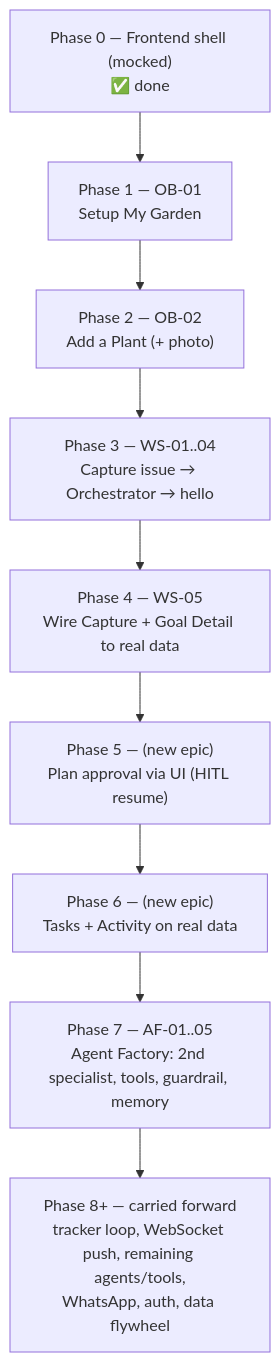
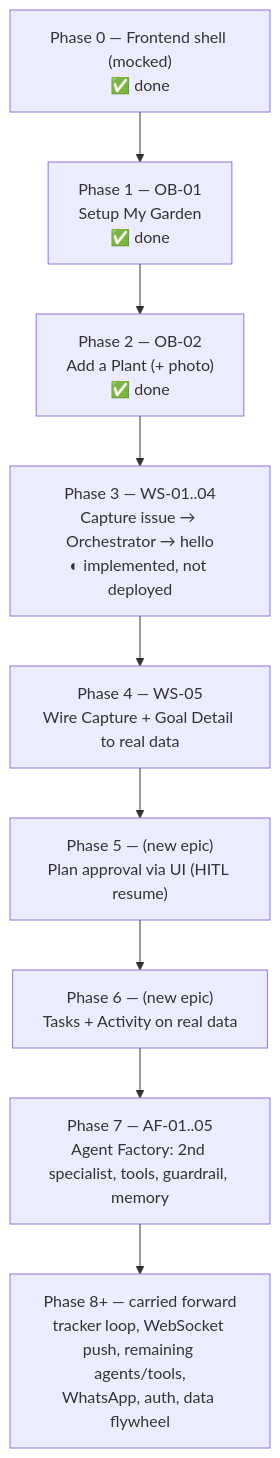
The diagram in docs/roadmap.md (prashant-baj/tendril), drawn with Mermaid before and after one commit. The commit also changed other lines of this file and 19 other files, not shown here.

Commit message:
WS-01 through WS-04 (the orchestrator epic) implemented

````diff
--- a/docs/roadmap.md
+++ b/docs/roadmap.md
@@ -31,12 +31,12 @@
 ```mermaid
 flowchart TD
   P0["Phase 0 — Frontend shell (mocked)<br/>✅ done"] --> P1
-  P1["Phase 1 — OB-01<br/>Setup My Garden"] --> P2
-  P2["Phase 2 — OB-02<br/>Add a Plant (+ photo)"] --> P3
-  P3["Phase 3 — WS-01..04<br/>Capture issue → Orchestrator → hello"] --> P4
+  P1["Phase 1 — OB-01<br/>Setup My Garden<br/>✅ done"] --> P2
+  P2["Phase 2 — OB-02<br/>Add a Plant (+ photo)<br/>✅ done"] --> P3
+  P3["Phase 3 — WS-01..04<br/>Capture issue → Orchestrator → hello<br/>◐ implemented, not deployed"] --> P4
   P4["Phase 4 — WS-05<br/>Wire Capture + Goal Detail to real data"] --> P5
   P5["Phase 5 — (new epic)<br/>Plan approval via UI (HITL resume)"] --> P6
   P6["Phase 6 — (new epic)<br/>Tasks + Activity on real data"] --> P7
   P7["Phase 7 — AF-01..05<br/>Agent Factory: 2nd specialist, tools, guardrail, memory"] --> P8
   P8["Phase 8+ — carried forward<br/>tracker loop, WebSocket push, remaining agents/tools,<br/>WhatsApp, auth, data flywheel"]
 ```
````
